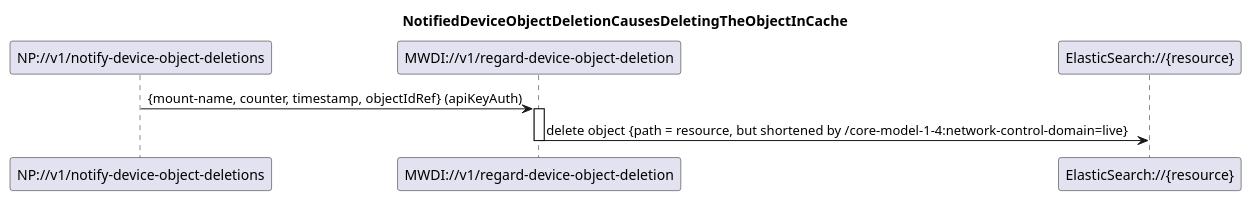
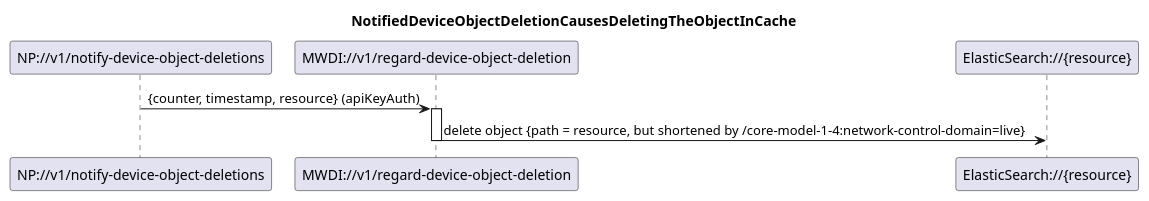
The diagram in spec/diagrams/026_NotificationBasedObjectDeletion.plantuml (openBackhaul/MicroWaveDeviceInventory), drawn with PlantUML before and after one commit. The commit also changed 4 other files, not shown here.

```diff
--- a/spec/diagrams/026_NotificationBasedObjectDeletion.plantuml
+++ b/spec/diagrams/026_NotificationBasedObjectDeletion.plantuml
@@ -1,16 +1,17 @@
 @startuml 026_NotificationBasedObjectDeletion
 skinparam responseMessageBelowArrow true
 
 title NotifiedDeviceObjectDeletionCausesDeletingTheObjectInCache
 
 participant "NP://v1/notify-device-object-deletions" as subscription
 participant "MWDI://v1/regard-device-object-deletion" as regardObjectDeletion
 participant "ElasticSearch://{resource}" as es
 
-subscription -> regardObjectDeletion: {mount-name, counter, timestamp, objectIdRef} (apiKeyAuth)
+subscription -> regardObjectDeletion: {counter, timestamp, resource} (apiKeyAuth)
+
 activate regardObjectDeletion
 
 regardObjectDeletion -> es: delete object {path = resource, but shortened by /core-model-1-4:network-control-domain=live}
 deactivate regardObjectDeletion
 
 @enduml
```
